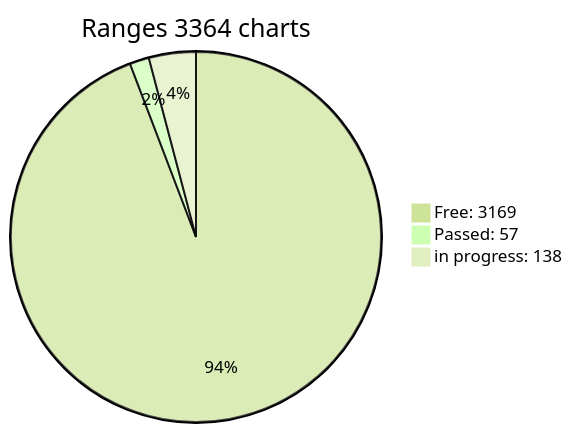
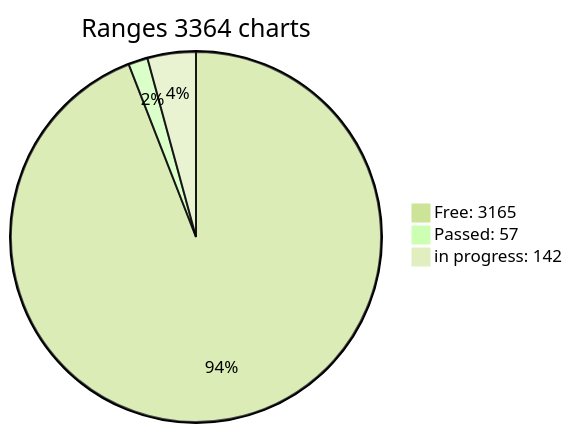
Before and after one commit to jonlloner/wif500: the diagram in x64/Release/table.md, drawn with Mermaid (forest theme). The commit also changed other lines of this file, not shown here.

````diff
--- a/x64/Release/table.md
+++ b/x64/Release/table.md
@@ -42,6 +46,6 @@
 ```mermaid
 pie title Ranges 3364 charts
-"Free: 3169" : 3169
+"Free: 3165" : 3165
 "Passed: 57" : 57
-"in progress: 138" : 138
+"in progress: 142" : 142
 ```  
````
